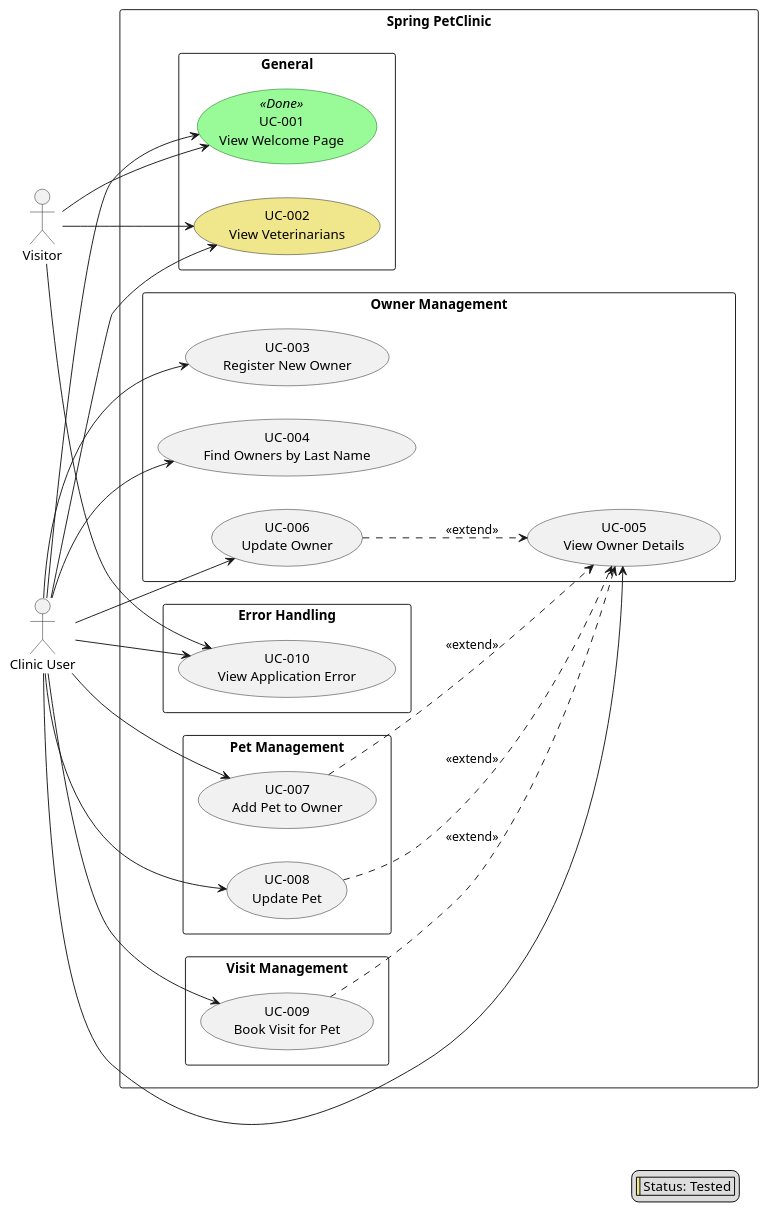
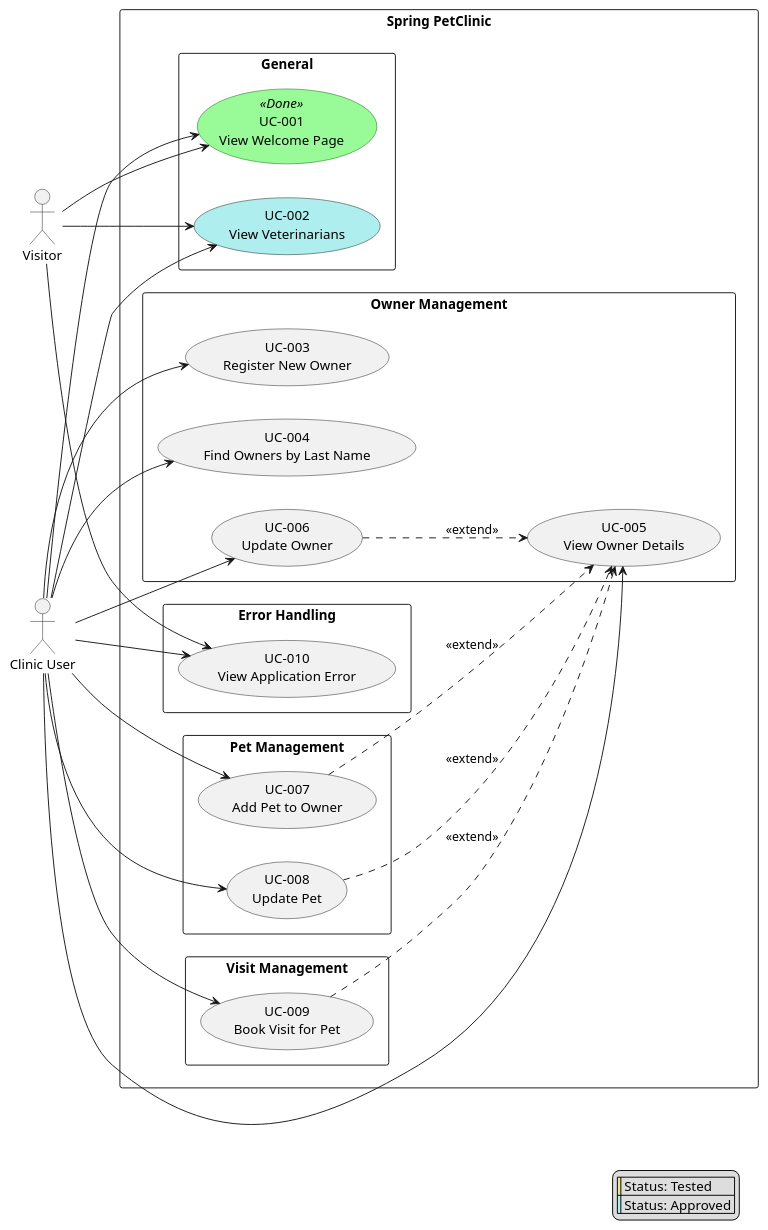
The diagram in docs/use_cases.puml (AI-Unified-Process/petclinic), drawn with PlantUML before and after one commit. The commit also changed 1 other file, not shown here.

```diff
--- a/docs/use_cases.puml
+++ b/docs/use_cases.puml
@@ -1,67 +1,68 @@
 @startuml Use Cases Overview
 left to right direction
 skinparam packageStyle rectangle
 skinparam usecase {
     BackgroundColor<<Done>> PaleGreen
     BorderColor<<Done>> DarkGreen
 }
 
 actor "Visitor" as visitor
 actor "Clinic User" as user
 
 rectangle "Spring PetClinic" {
 
     package "General" {
         usecase "UC-001\nView Welcome Page" as UC001 <<Done>>
-        usecase "UC-002\nView Veterinarians" as UC002 #Khaki
+        usecase "UC-002\nView Veterinarians" as UC002 #PaleTurquoise
     }
 
     package "Owner Management" {
         usecase "UC-003\nRegister New Owner" as UC003
         usecase "UC-004\nFind Owners by Last Name" as UC004
         usecase "UC-005\nView Owner Details" as UC005
         usecase "UC-006\nUpdate Owner" as UC006
     }
 
     package "Pet Management" {
         usecase "UC-007\nAdd Pet to Owner" as UC007
         usecase "UC-008\nUpdate Pet" as UC008
     }
 
     package "Visit Management" {
         usecase "UC-009\nBook Visit for Pet" as UC009
     }
 
     package "Error Handling" {
         usecase "UC-010\nView Application Error" as UC010
     }
 }
 
 ' Visitor — anonymous, read-only access
 visitor --> UC001
 visitor --> UC002
 visitor --> UC010
 
 ' Clinic User — inherits visitor access plus management use cases
 user --> UC001
 user --> UC002
 user --> UC003
 user --> UC004
 user --> UC005
 user --> UC006
 user --> UC007
 user --> UC008
 user --> UC009
 user --> UC010
 
 ' Relationships
 UC007 ..> UC005 : <<extend>>
 UC008 ..> UC005 : <<extend>>
 UC009 ..> UC005 : <<extend>>
 UC006 ..> UC005 : <<extend>>
 
 legend right
   |<#Khaki>| Status: Tested |
+  |<#PaleTurquoise>| Status: Approved |
 endlegend
 
 @enduml
```
